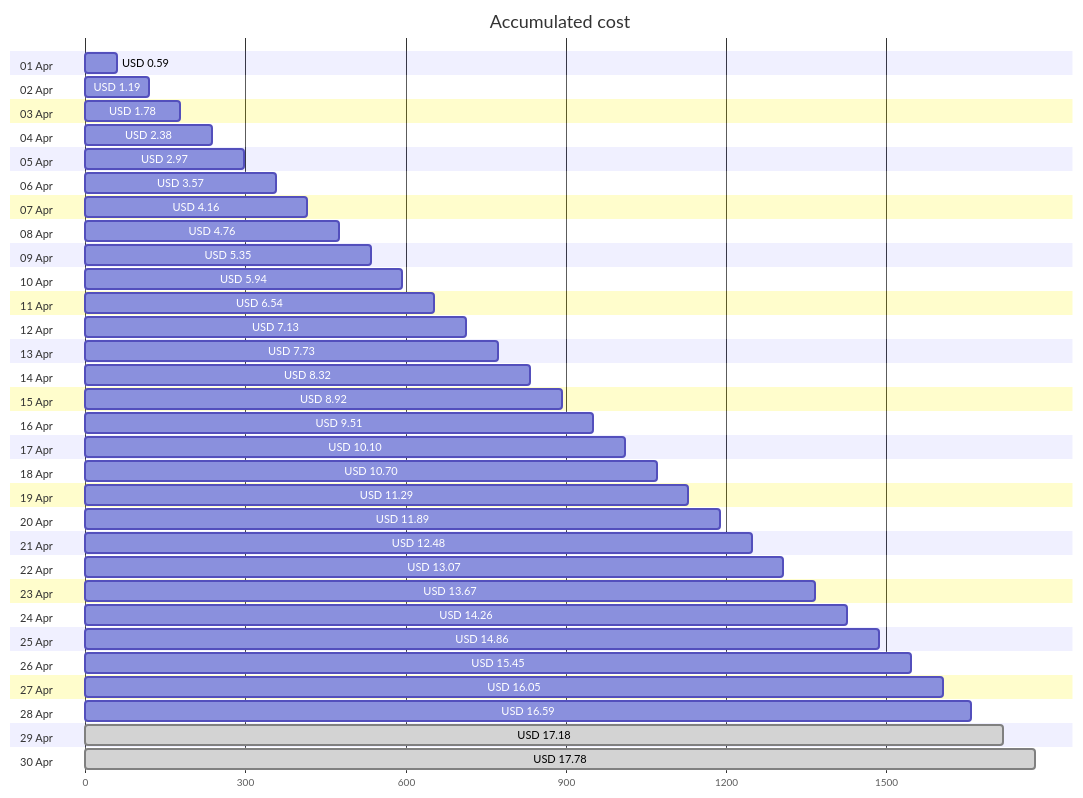
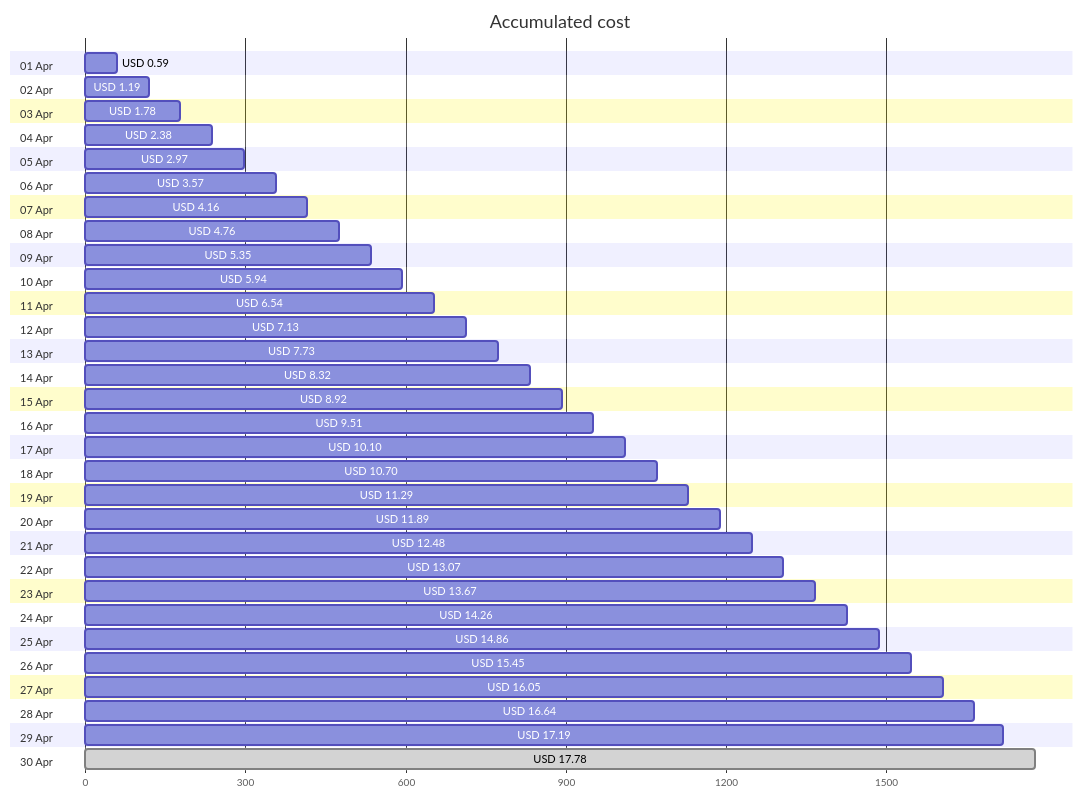
Before and after one commit to jpfulton/azure-personal-reports: the first of 4 diagrams in cost-reports/personal-site/README.md, drawn with Mermaid. The commit also changed other lines of this file and 6 other files, not shown here.

````diff
--- a/cost-reports/personal-site/README.md
+++ b/cost-reports/personal-site/README.md
@@ -20,66 +20,66 @@
 ```mermaid
 gantt
    title Accumulated cost
    dateFormat  X
    axisFormat %s
    section 01 Apr
    USD 0.59 :0, 59
    section 02 Apr
    USD 1.19 :0, 119
    section 03 Apr
    USD 1.78 :0, 178
    section 04 Apr
    USD 2.38 :0, 238
    section 05 Apr
    USD 2.97 :0, 297
    section 06 Apr
    USD 3.57 :0, 357
    section 07 Apr
    USD 4.16 :0, 416
    section 08 Apr
    USD 4.76 :0, 476
    section 09 Apr
    USD 5.35 :0, 535
    section 10 Apr
    USD 5.94 :0, 594
    section 11 Apr
    USD 6.54 :0, 654
    section 12 Apr
    USD 7.13 :0, 713
    section 13 Apr
    USD 7.73 :0, 773
    section 14 Apr
    USD 8.32 :0, 832
    section 15 Apr
    USD 8.92 :0, 892
    section 16 Apr
    USD 9.51 :0, 951
    section 17 Apr
    USD 10.10 :0, 1010
    section 18 Apr
    USD 10.70 :0, 1070
    section 19 Apr
    USD 11.29 :0, 1129
    section 20 Apr
    USD 11.89 :0, 1189
    section 21 Apr
    USD 12.48 :0, 1248
    section 22 Apr
    USD 13.07 :0, 1307
    section 23 Apr
    USD 13.67 :0, 1367
    section 24 Apr
    USD 14.26 :0, 1426
    section 25 Apr
    USD 14.86 :0, 1486
    section 26 Apr
    USD 15.45 :0, 1545
    section 27 Apr
    USD 16.05 :0, 1605
    section 28 Apr
-   USD 16.59 :0, 1659
+   USD 16.64 :0, 1664
    section 29 Apr
-   USD 17.18 : done, 0, 1718
+   USD 17.19 :0, 1719
    section 30 Apr
    USD 17.78 : done, 0, 1778
 ```
````
